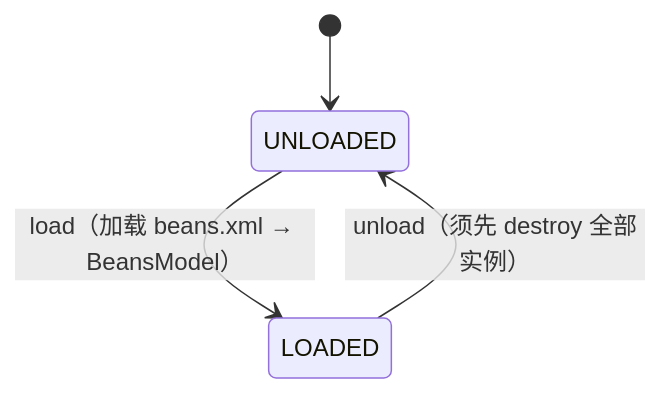
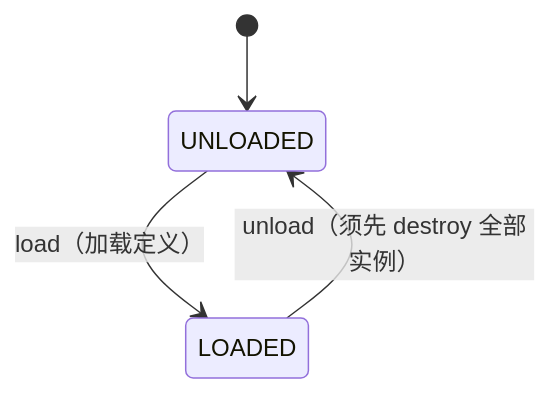
The first of 3 diagrams in ai-dev/design/nop-plugin/01-architecture-baseline.md (entropy-cloud/nop-entropy), drawn with Mermaid before and after one commit. The commit also changed other lines of this file and 15 other files, not shown here.

Commit message:
docs(plugin): nop-plugin-enhancement mission 启动材料落档（roadmap W1-W7 + mission 配置 + 4 设计稿 + 2 plan + discussion，经两轮独立审查）；nop-stream README 补 DISTRIBUTED 实现现状（RpcDistributedExecutor/JdbcClusterRegistry/多 JVM E2E，未实现 = K8s/YARN 编排 + HPA）

````diff
--- a/ai-dev/design/nop-plugin/01-architecture-baseline.md
+++ b/ai-dev/design/nop-plugin/01-architecture-baseline.md
@@ -40,6 +56,6 @@
 ```mermaid
 stateDiagram-v2
     [*] --> UNLOADED
-    UNLOADED --> LOADED: load（加载 beans.xml → BeansModel）
+    UNLOADED --> LOADED: load（加载定义）
     LOADED --> UNLOADED: unload（须先 destroy 全部实例）
 ```
````
